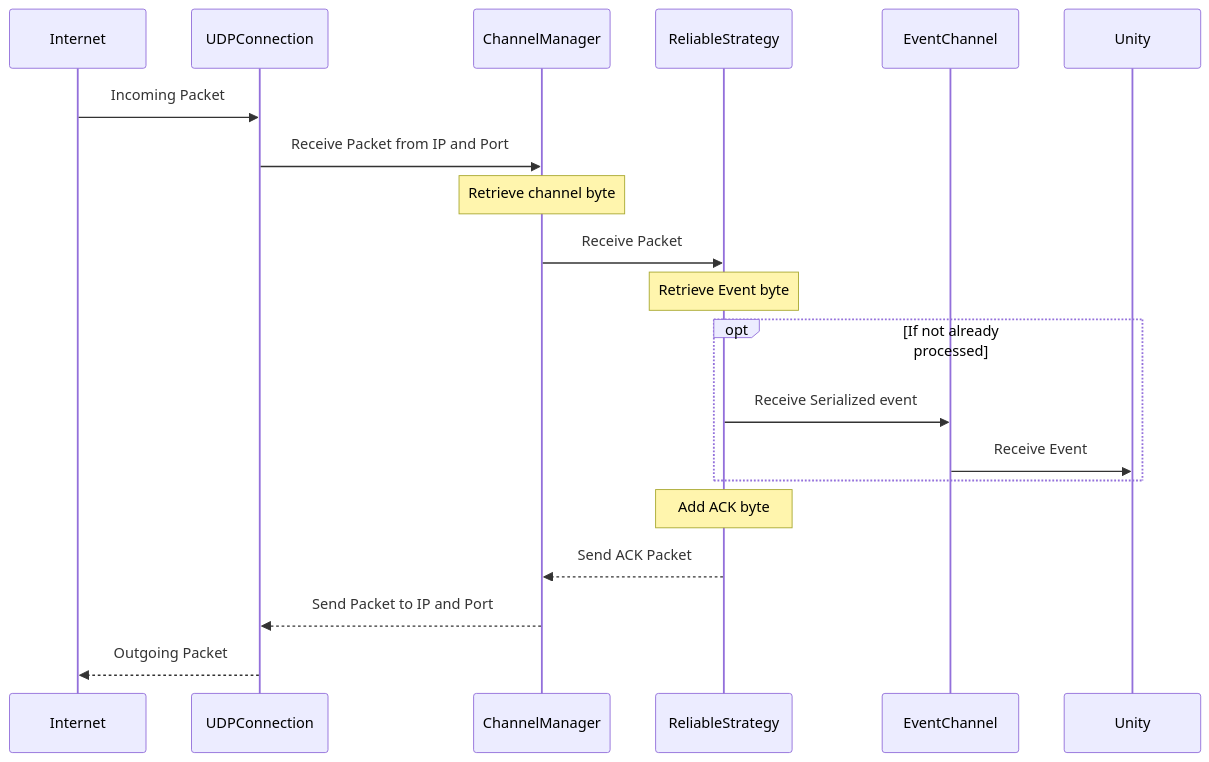
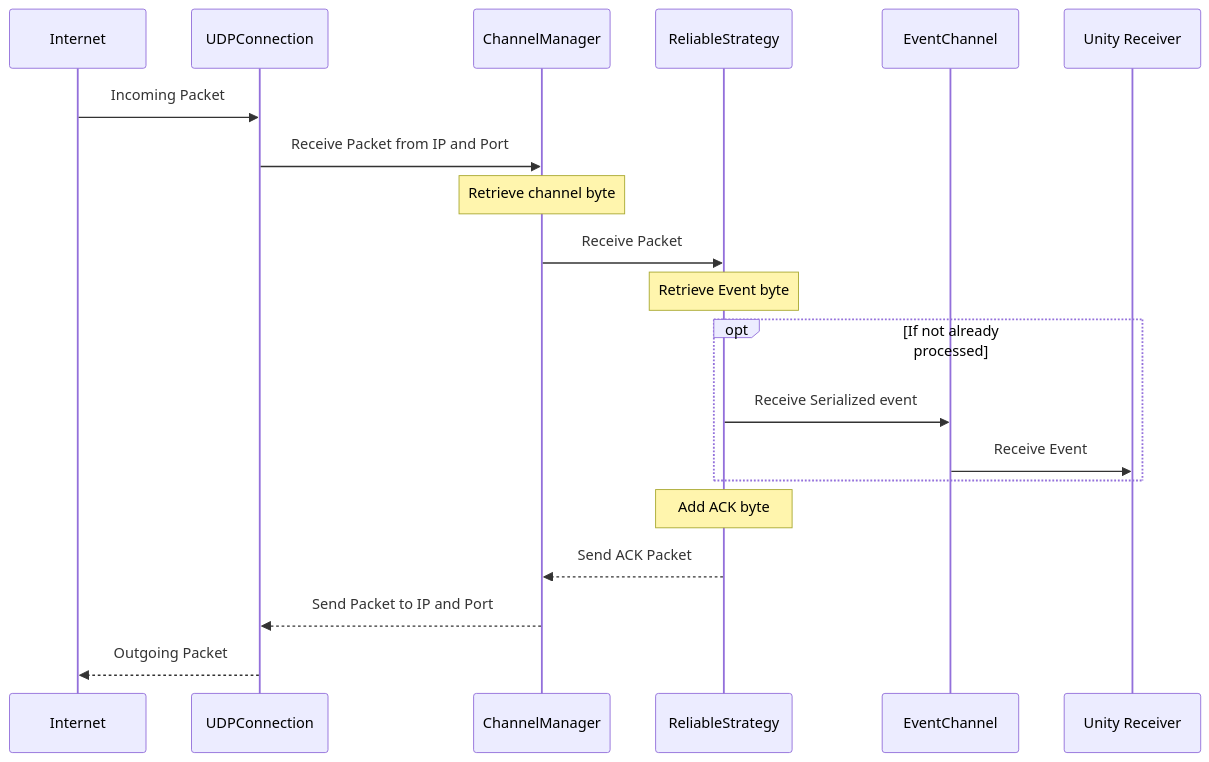
One commit to julianrod94/Videojuegos-Avanzados changed the fourth of 4 diagrams in README.md. Above: the diagram before and after it, drawn with Mermaid. The commit also changed other lines of this file and 1 other file, not shown here.

````diff
--- a/README.md
+++ b/README.md
@@ -45,16 +45,16 @@
 ```mermaid
 sequenceDiagram
 Internet ->> UDPConnection: Incoming Packet
 UDPConnection->>ChannelManager: Receive Packet from IP and Port
 Note over ChannelManager: Retrieve channel byte
 ChannelManager ->> ReliableStrategy: Receive Packet
 Note over ReliableStrategy: Retrieve Event byte
 opt If not already processed
 	ReliableStrategy ->> EventChannel: Receive Serialized event
-	EventChannel ->> Unity: Receive Event
+	EventChannel ->> Unity Receiver: Receive Event
 end
 Note over ReliableStrategy: Add ACK byte
 ReliableStrategy -->> ChannelManager: Send ACK Packet
 ChannelManager -->> UDPConnection: Send Packet to IP and Port
 UDPConnection -->> Internet: Outgoing Packet
 ```
````
